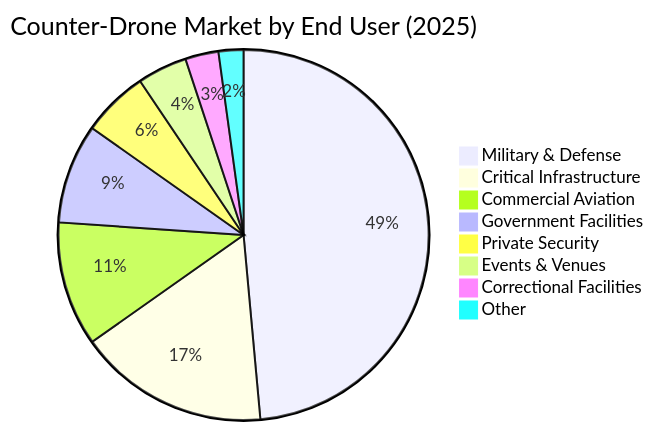
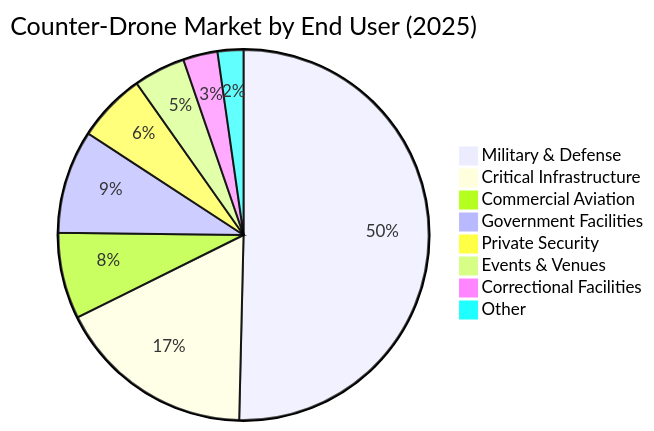
The second of 3 diagrams in apps/docs/docs/blockchain/01-market-analysis/market-overview.md (JustAGhosT/PhoenixRooivalk), drawn with Mermaid before and after one commit. The commit also changed other lines of this file and 3 other files, not shown here.

````diff
--- a/apps/docs/docs/blockchain/01-market-analysis/market-overview.md
+++ b/apps/docs/docs/blockchain/01-market-analysis/market-overview.md
@@ -175,11 +175,11 @@
 ```mermaid
 pie title Counter-Drone Market by End User (2025)
     "Military & Defense" : 67
     "Critical Infrastructure" : 23
-    "Commercial Aviation" : 15
+    "Commercial Aviation" : 10
     "Government Facilities" : 12
     "Private Security" : 8
     "Events & Venues" : 6
     "Correctional Facilities" : 4
     "Other" : 3
 ```
````
